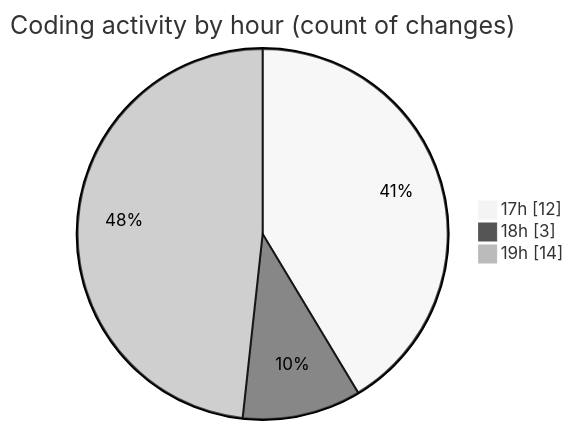
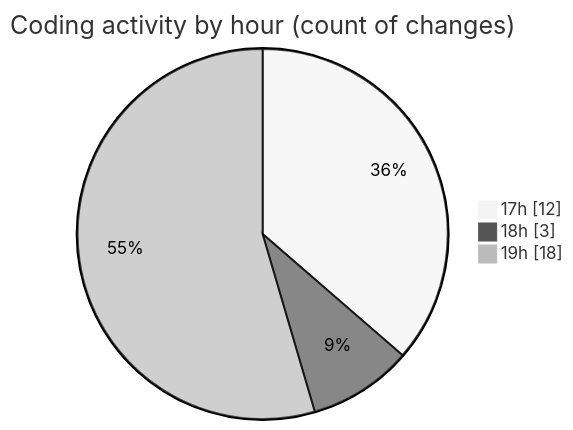
The second of 2 diagrams in 2025-06-19/scopecraft/README.md (Ritupan-Deka/code-tracking), drawn with Mermaid (neutral theme) before and after one commit. The commit also changed other lines of this file and 1 other file, not shown here.

````diff
--- a/2025-06-19/scopecraft/README.md
+++ b/2025-06-19/scopecraft/README.md
@@ -39,7 +43,7 @@
 ```mermaid
 pie showData
 title Coding activity by hour (count of changes)
 "17h" : 12
 "18h" : 3
-"19h" : 14
+"19h" : 18
 ```
````
